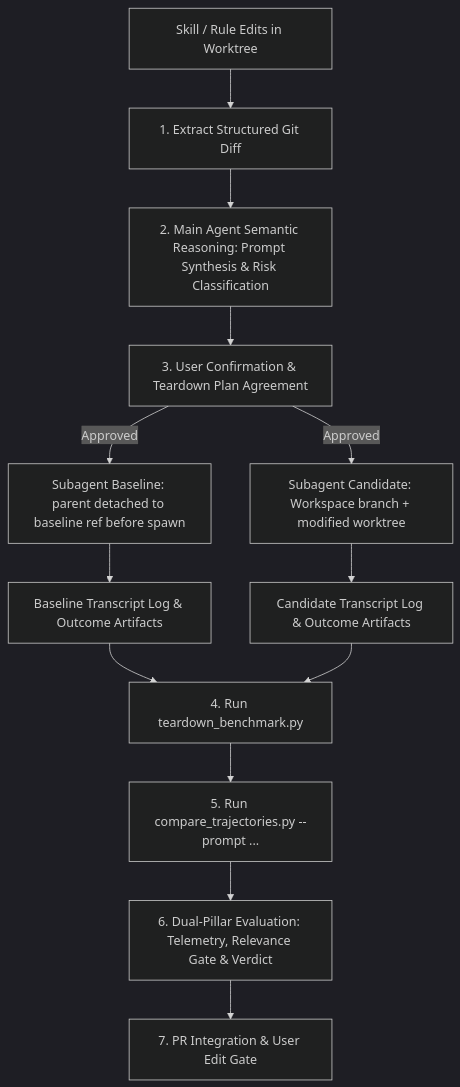
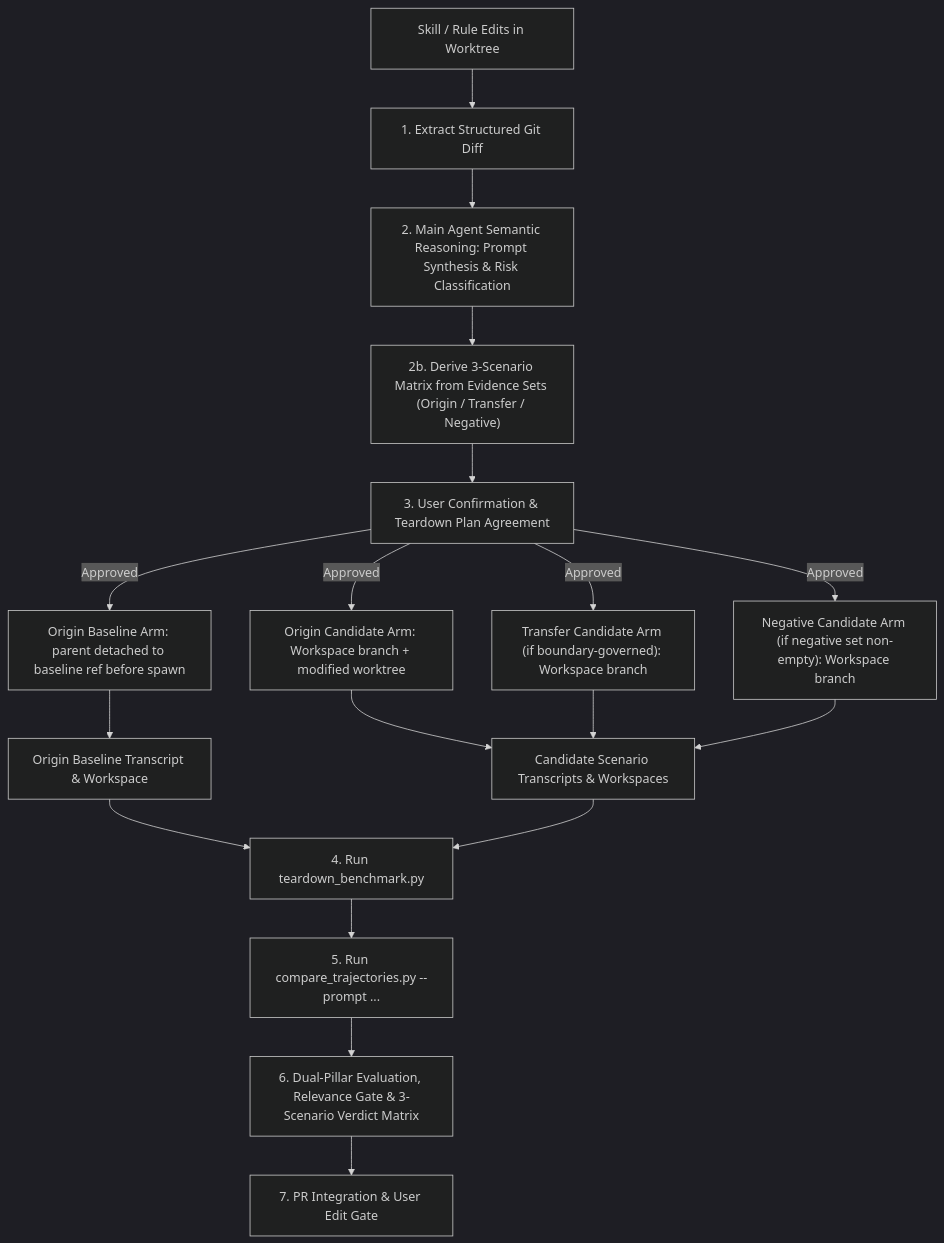
Before and after one commit to google/xmc: the diagram in .agents/skills/xmc_trajectory_comparison/SKILL.md, drawn with Mermaid (dark theme). The commit also changed other lines of this file and 1 other file, not shown here.

````diff
--- a/.agents/skills/xmc_trajectory_comparison/SKILL.md
+++ b/.agents/skills/xmc_trajectory_comparison/SKILL.md
@@ -10,14 +10,17 @@
 ```mermaid
 graph TD
     A[Skill / Rule Edits in Worktree] --> B[1. Extract Structured Git Diff]
     B --> C[2. Main Agent Semantic Reasoning: Prompt Synthesis & Risk Classification]
-    C --> D[3. User Confirmation & Teardown Plan Agreement]
-    D -->|Approved| E1["Subagent Baseline: parent detached to baseline ref before spawn"]
-    D -->|Approved| E2[Subagent Candidate: Workspace branch + modified worktree]
-    E1 --> F1[Baseline Transcript Log & Outcome Artifacts]
-    E2 --> F2[Candidate Transcript Log & Outcome Artifacts]
+    C --> M["2b. Derive 3-Scenario Matrix from Evidence Sets (Origin / Transfer / Negative)"]
+    M --> D[3. User Confirmation & Teardown Plan Agreement]
+    D -->|Approved| E1["Origin Baseline Arm: parent detached to baseline ref before spawn"]
+    D -->|Approved| E2["Origin Candidate Arm: Workspace branch + modified worktree"]
+    D -->|Approved| E3["Transfer Candidate Arm (if boundary-governed): Workspace branch"]
+    D -->|Approved| E4["Negative Candidate Arm (if negative set non-empty): Workspace branch"]
+    E1 --> F1[Origin Baseline Transcript & Workspace]
+    E2 & E3 & E4 --> F2[Candidate Scenario Transcripts & Workspaces]
     F1 & F2 --> G[4. Run teardown_benchmark.py]
     G --> H[5. Run compare_trajectories.py --prompt ...]
-    H --> I[6. Dual-Pillar Evaluation: Telemetry, Relevance Gate & Verdict]
+    H --> I[6. Dual-Pillar Evaluation, Relevance Gate & 3-Scenario Verdict Matrix]
     I --> J[7. PR Integration & User Edit Gate]
 ```
````
